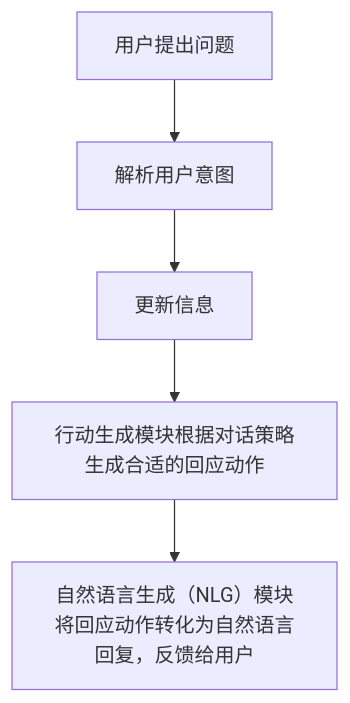
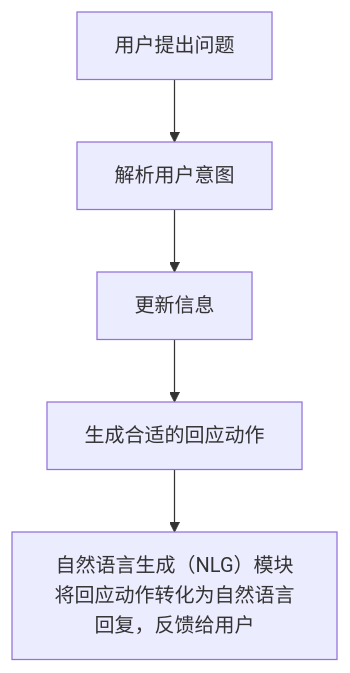
Before and after one commit to Let-9/iodraw-files: the diagram in all/未命名-3.md, drawn with Mermaid.

Commit message:
2024-12-10 11:32:23 update

````diff
--- a/all/未命名-3.md
+++ b/all/未命名-3.md
@@ -1,7 +1,7 @@
 ```mermaid
 graph TD;
     A[用户提出问题] --> B[解析用户意图];
     B --> C[更新信息];
-    C --> D[行动生成模块根据对话策略生成合适的回应动作];
+    C --> D[生成合适的回应动作];
     D --> E[自然语言生成（NLG）模块将回应动作转化为自然语言回复，反馈给用户];
 ```
````
